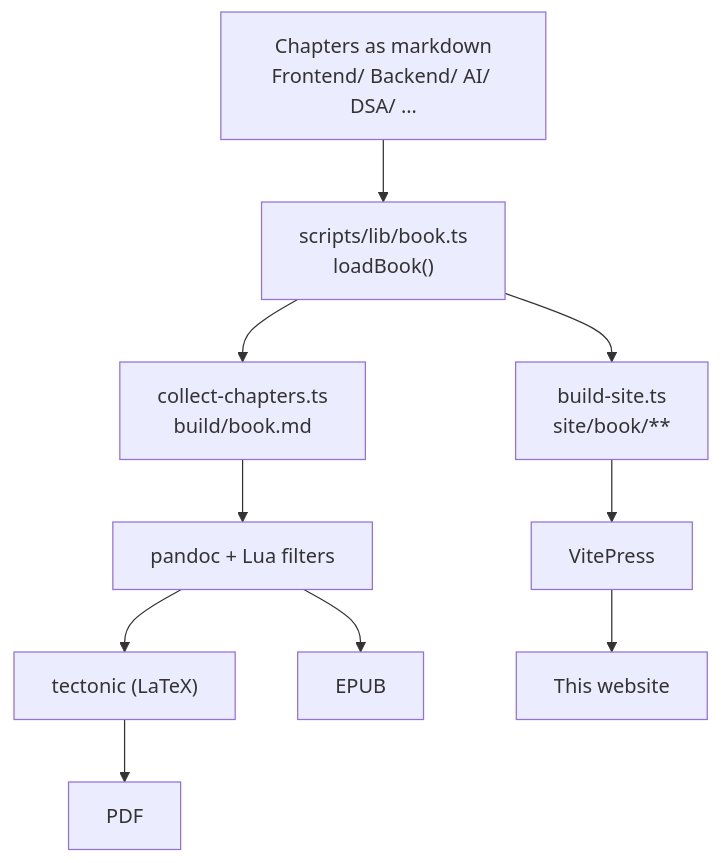
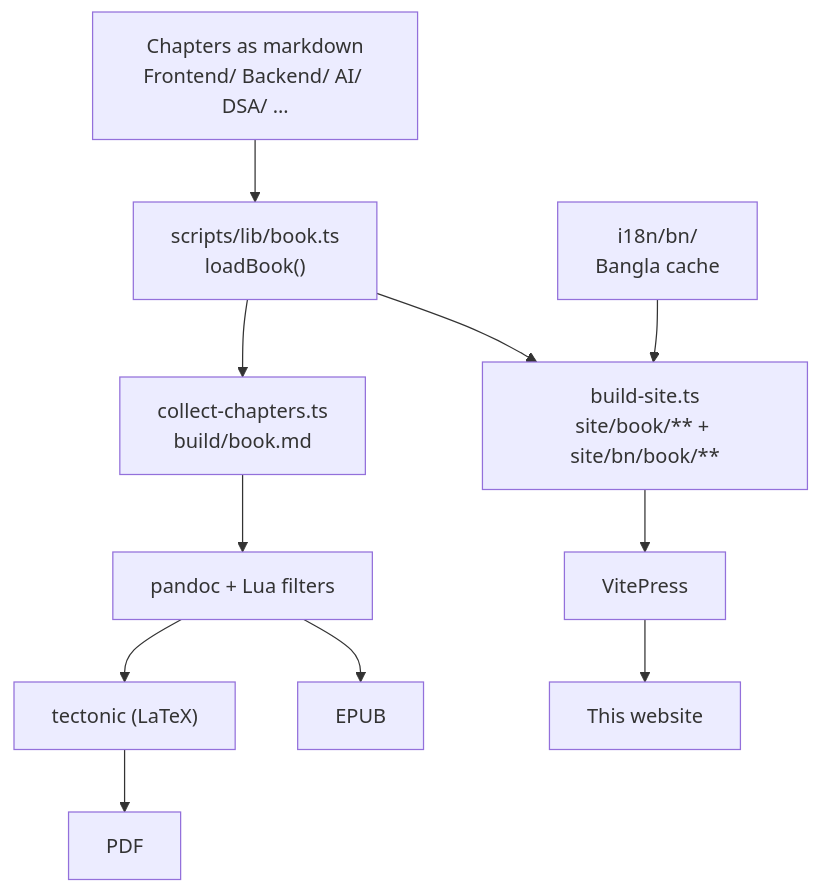
Before and after one commit to salmanbd100/full-stack-software-engineer-guide: the first of 3 diagrams in site/building-this-book.md, drawn with Mermaid. The commit also changed other lines of this file and 1 other file, not shown here.

First line of the commit message:
docs: bring the README and the build guide up to date

````diff
--- a/site/building-this-book.md
+++ b/site/building-this-book.md
@@ -19,12 +19,13 @@
 ```mermaid
 flowchart TD
     MD["Chapters as markdown<br/>Frontend/ Backend/ AI/ DSA/ …"] --> LB["scripts/lib/book.ts<br/>loadBook()"]
     LB --> CC["collect-chapters.ts<br/>build/book.md"]
-    LB --> BS["build-site.ts<br/>site/book/**"]
+    LB --> BS["build-site.ts<br/>site/book/** + site/bn/book/**"]
+    BN["i18n/bn/<br/>Bangla cache"] --> BS
     CC --> PD["pandoc + Lua filters"]
     PD --> TX["tectonic (LaTeX)"]
     TX --> PDF["PDF"]
     PD --> EPUB["EPUB"]
     BS --> VP["VitePress"]
     VP --> WEB["This website"]
 ```
````
